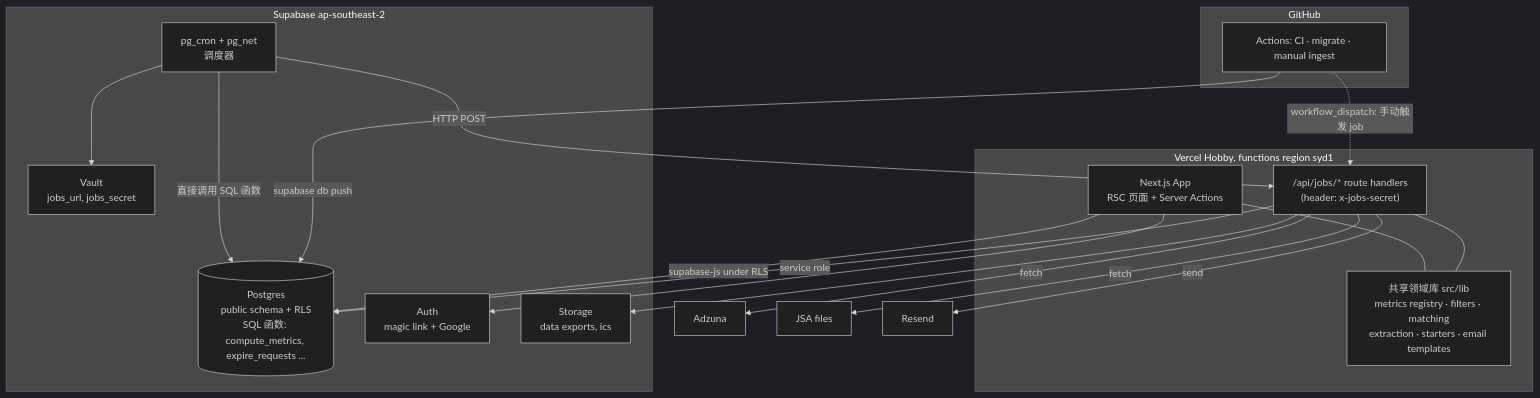
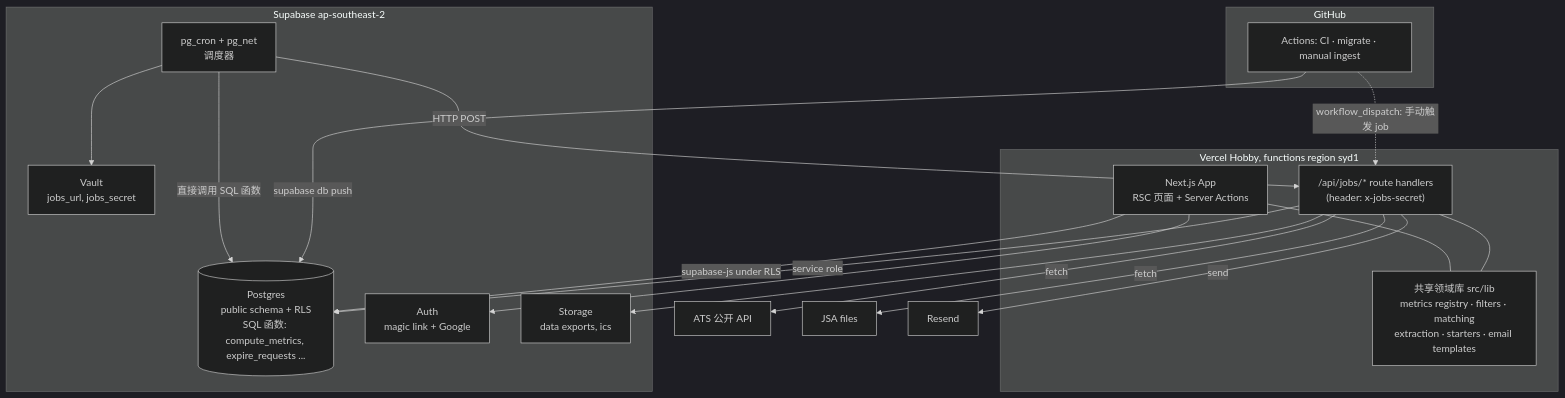
The second of 9 diagrams in docs/ARCHITECTURE.md (plcme/skill-market), drawn with Mermaid (dark theme) before and after one commit. The commit also changed other lines of this file and 13 other files, not shown here.

````diff
--- a/docs/ARCHITECTURE.md
+++ b/docs/ARCHITECTURE.md
@@ -102,32 +102,32 @@
 ```mermaid
 flowchart TB
     subgraph vercel["Vercel Hobby, functions region syd1"]
         WEB["Next.js App<br/>RSC 页面 + Server Actions"]
         JOBS["/api/jobs/* route handlers<br/>(header: x-jobs-secret)"]
         WEB --- LIB
         JOBS --- LIB
         LIB["共享领域库 src/lib<br/>metrics registry · filters · matching<br/>extraction · starters · email templates"]
     end
     subgraph supa[Supabase ap-southeast-2]
         PG[("Postgres<br/>public schema + RLS<br/>SQL 函数: compute_metrics, expire_requests ...")]
         AUTH[Auth<br/>magic link + Google]
         STO[Storage<br/>data exports, ics]
         CRON["pg_cron + pg_net<br/>调度器"]
         VAULT["Vault<br/>jobs_url, jobs_secret"]
     end
     subgraph ci[GitHub]
         GH["Actions: CI · migrate · manual ingest"]
     end
     WEB -- supabase-js under RLS --> PG
     WEB --> AUTH
     JOBS -- service role --> PG
     JOBS --> STO
     CRON -- HTTP POST --> JOBS
     CRON -- 直接调用 SQL 函数 --> PG
     CRON --> VAULT
-    JOBS -- fetch --> ADZ[Adzuna]
+    JOBS -- fetch --> ATS[ATS 公开 API]
     JOBS -- fetch --> JSA[JSA files]
     JOBS -- send --> RES[Resend]
     GH -- supabase db push --> PG
     GH -. workflow_dispatch: 手动触发 job .-> JOBS
 ```
````
